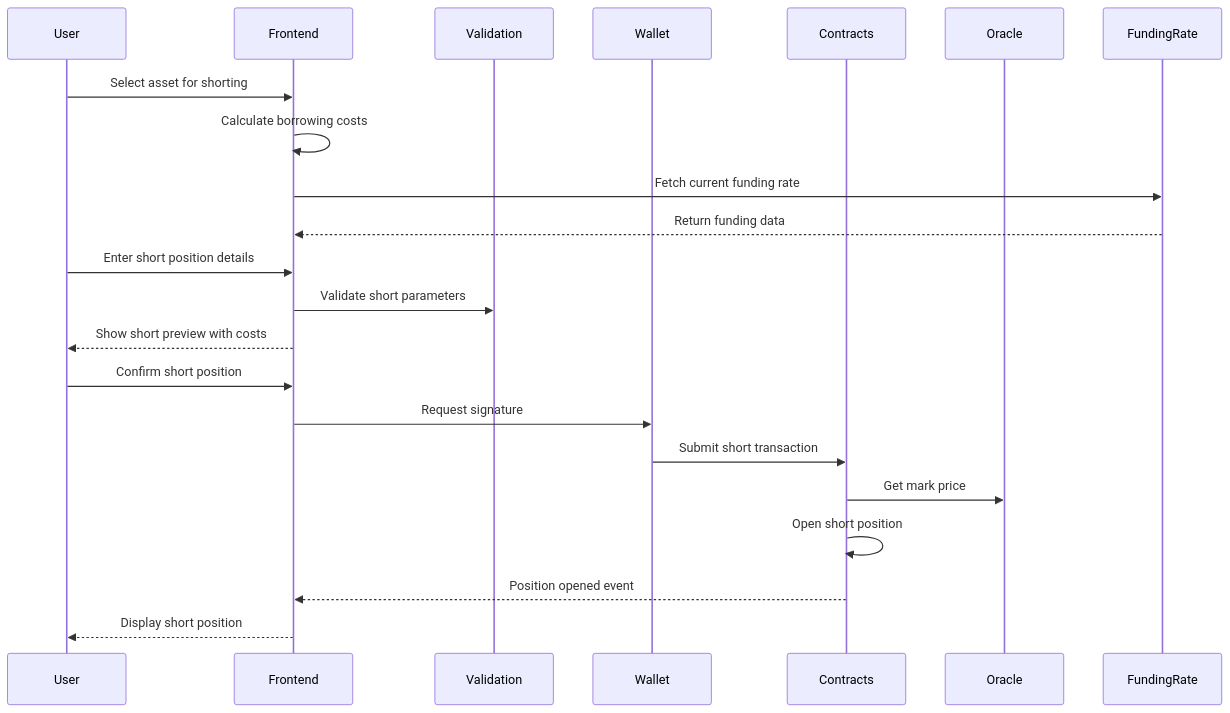
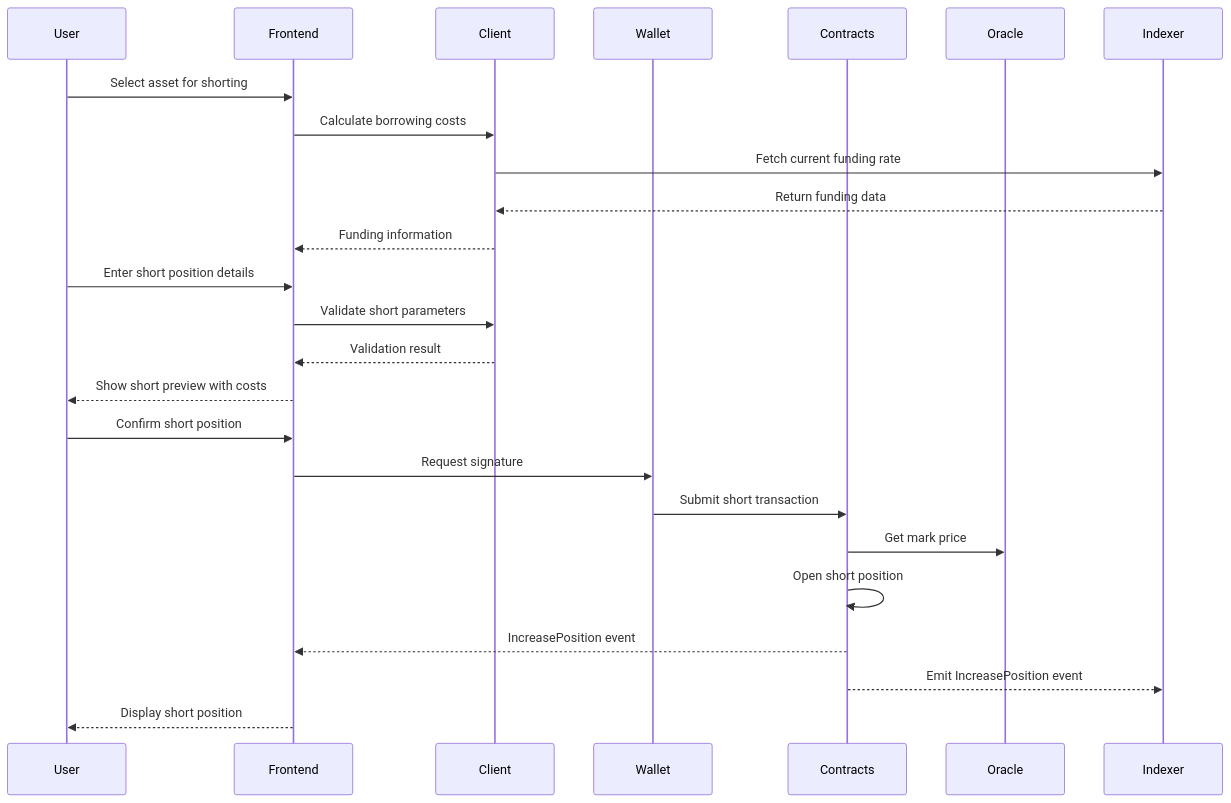
One commit to dydxprotocol/v4-web changed the third of 15 diagrams in project-stories-breakdown-reorganized.md. Above: the diagram before and after it, drawn with Mermaid. The commit also changed other lines of this file, not shown here.

````diff
--- a/project-stories-breakdown-reorganized.md
+++ b/project-stories-breakdown-reorganized.md
@@ -871,25 +594,28 @@
 ```mermaid
 sequenceDiagram
     participant User
     participant Frontend
-    participant Validation
+    participant Client
     participant Wallet
     participant Contracts
     participant Oracle
-    participant FundingRate
+    participant Indexer
     
     User->>Frontend: Select asset for shorting
-    Frontend->>Frontend: Calculate borrowing costs
-    Frontend->>FundingRate: Fetch current funding rate
-    FundingRate-->>Frontend: Return funding data
+    Frontend->>Client: Calculate borrowing costs
+    Client->>Indexer: Fetch current funding rate
+    Indexer-->>Client: Return funding data
+    Client-->>Frontend: Funding information
     User->>Frontend: Enter short position details
-    Frontend->>Validation: Validate short parameters
+    Frontend->>Client: Validate short parameters
+    Client-->>Frontend: Validation result
     Frontend-->>User: Show short preview with costs
     User->>Frontend: Confirm short position
     Frontend->>Wallet: Request signature
     Wallet->>Contracts: Submit short transaction
     Contracts->>Oracle: Get mark price
     Contracts->>Contracts: Open short position
-    Contracts-->>Frontend: Position opened event
+    Contracts-->>Frontend: IncreasePosition event
+    Contracts-->>Indexer: Emit IncreasePosition event
     Frontend-->>User: Display short position
 ```
````
